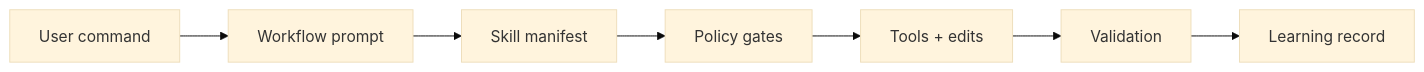
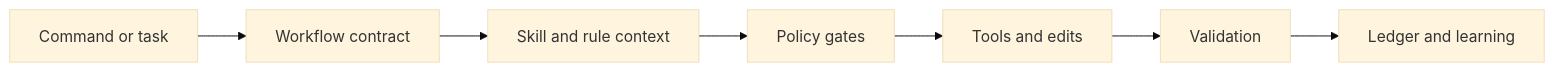
One commit to pesap/khala changed the diagram in README.md. Above: the diagram before and after it, drawn with Mermaid (base theme). The commit also changed other lines of this file, not shown here.

````diff
--- a/README.md
+++ b/README.md
@@ -53,9 +65,9 @@
 ```mermaid
 flowchart LR
-  A[User command] --> B[Workflow prompt]
-  B --> C[Skill manifest]
+  A[Command or task] --> B[Workflow contract]
+  B --> C[Skill and rule context]
   C --> D[Policy gates]
-  D --> E[Tools + edits]
+  D --> E[Tools and edits]
   E --> F[Validation]
-  F --> G[Learning record]
+  F --> G[Ledger and learning]
 ```
````
